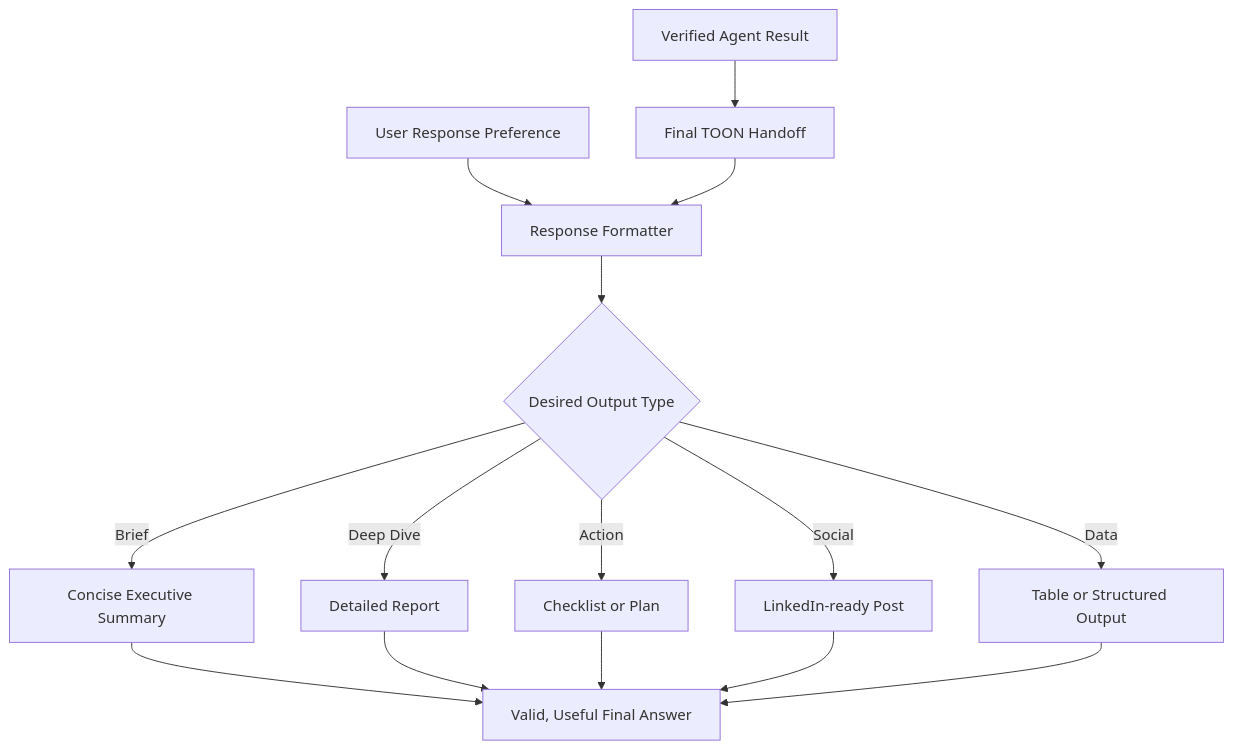
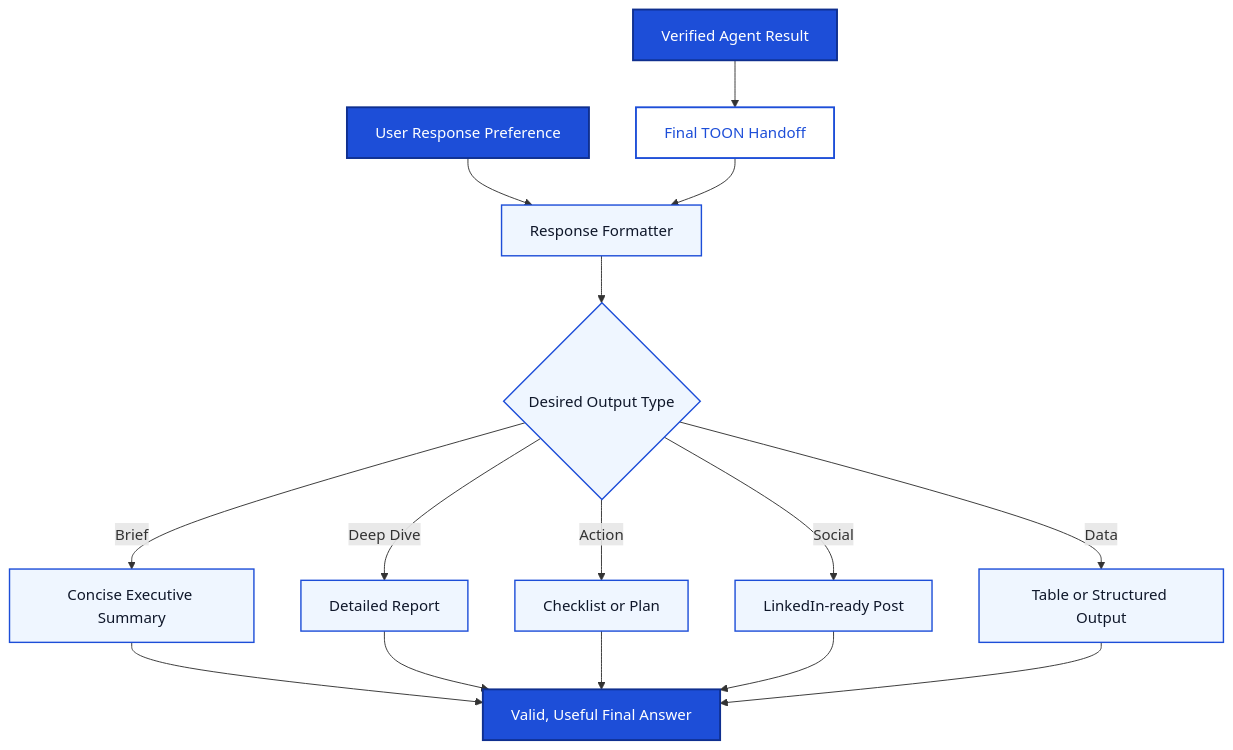
One commit to Hassaan146/agentic-ai-workflow changed the sixth of 9 diagrams in docs/diagrams.md. Above: the diagram before and after it, drawn with Mermaid. The commit also changed other lines of this file, not shown here.

Commit message:
Polish workflow diagram styling

````diff
--- a/docs/diagrams.md
+++ b/docs/diagrams.md
@@ -99,17 +148,24 @@
 ```mermaid
 flowchart TD
     A["Verified Agent Result"] --> B["Final TOON Handoff"]
     C["User Response Preference"] --> D["Response Formatter"]
     B --> D
     D --> E{"Desired Output Type"}
     E -->|Brief| F["Concise Executive Summary"]
     E -->|Deep Dive| G["Detailed Report"]
     E -->|Action| H["Checklist or Plan"]
     E -->|Social| I["LinkedIn-ready Post"]
     E -->|Data| J["Table or Structured Output"]
     F --> K["Valid, Useful Final Answer"]
     G --> K
     H --> K
     I --> K
     J --> K
+
+    classDef primary fill:#1d4ed8,stroke:#0f2f8f,color:#ffffff,stroke-width:2px;
+    classDef toon fill:#ffffff,stroke:#1d4ed8,color:#1d4ed8,stroke-width:2px;
+    classDef format fill:#eff6ff,stroke:#1d4ed8,color:#0f172a,stroke-width:1.5px;
+    class A,C,K primary;
+    class B toon;
+    class D,E,F,G,H,I,J format;
 ```
````
